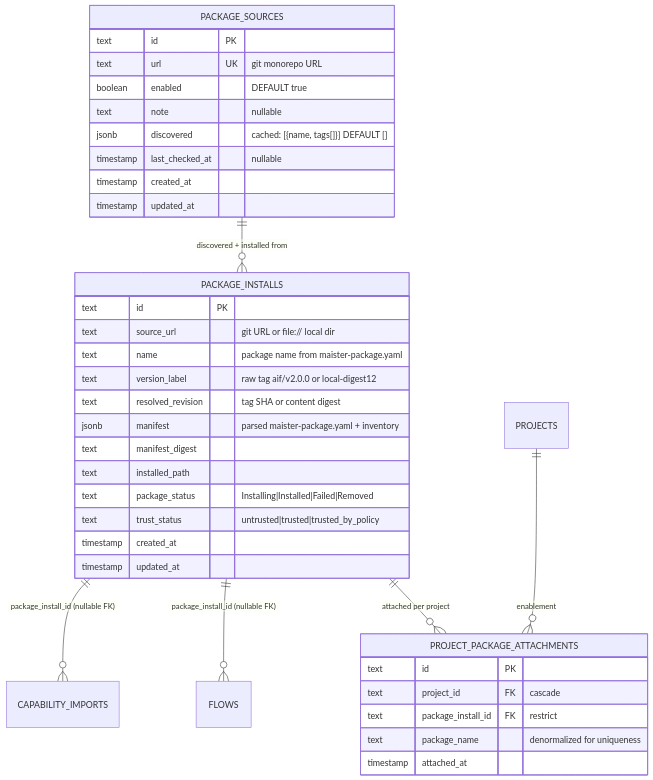
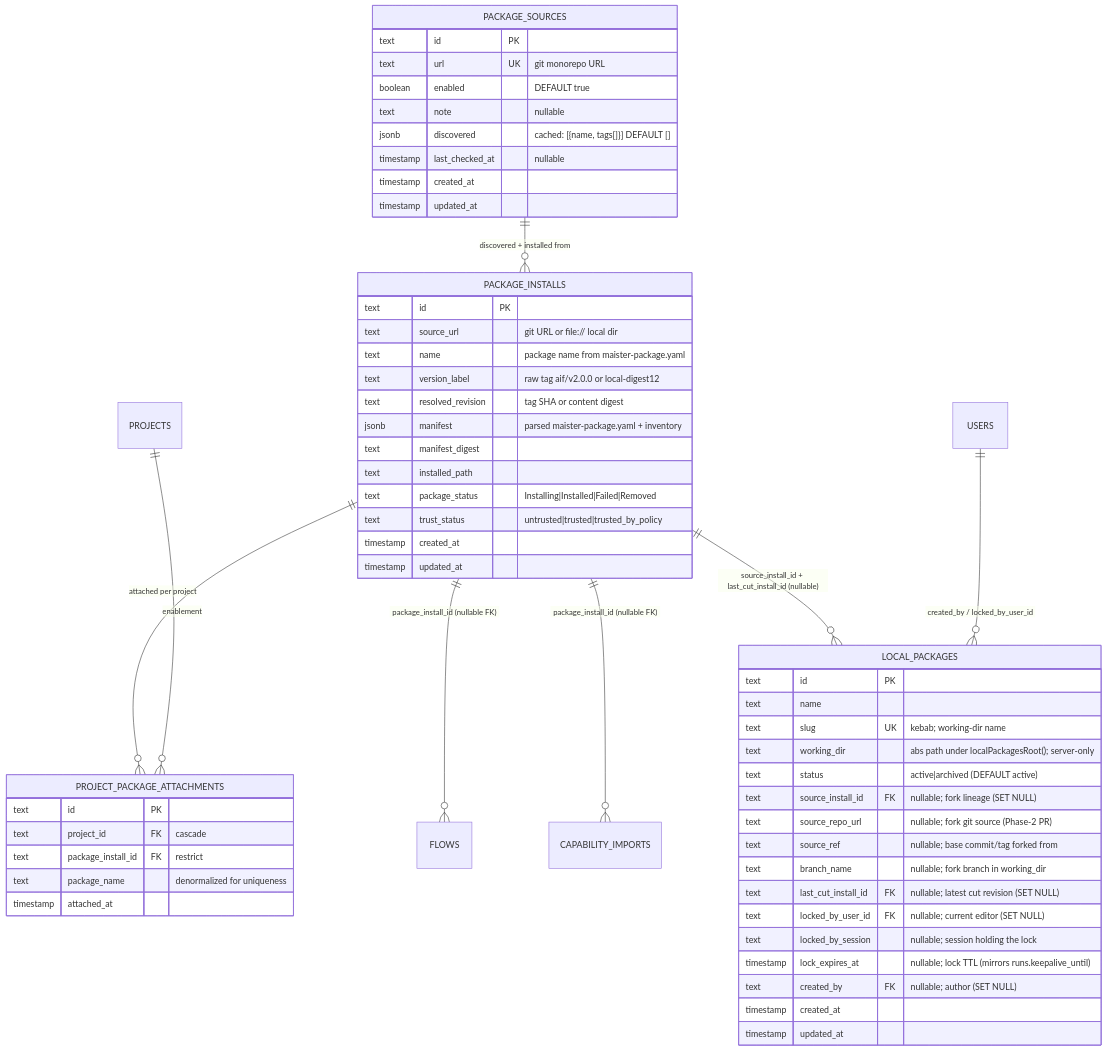
Before and after one commit to maister-dev/maister: the second of 2 diagrams in docs/db/projects-domain.md, drawn with Mermaid. The commit also changed other lines of this file and 25 other files, not shown here.

First line of the commit message:
chore(studio): salvage Phase C local-packages substrate onto main (renumber 0053→0055, ADR-093→095)

````diff
--- a/docs/db/projects-domain.md
+++ b/docs/db/projects-domain.md
@@ -96,42 +96,63 @@
 ```mermaid
 erDiagram
     PACKAGE_SOURCES ||--o{ PACKAGE_INSTALLS : "discovered + installed from"
     PACKAGE_INSTALLS ||--o{ PROJECT_PACKAGE_ATTACHMENTS : "attached per project"
     PROJECTS ||--o{ PROJECT_PACKAGE_ATTACHMENTS : "enablement"
     PACKAGE_INSTALLS ||--o{ FLOWS : "package_install_id (nullable FK)"
     PACKAGE_INSTALLS ||--o{ CAPABILITY_IMPORTS : "package_install_id (nullable FK)"
+    PACKAGE_INSTALLS ||--o{ LOCAL_PACKAGES : "source_install_id + last_cut_install_id (nullable)"
+    USERS ||--o{ LOCAL_PACKAGES : "created_by / locked_by_user_id"
 
     PACKAGE_SOURCES {
         text id PK
         text url UK "git monorepo URL"
         boolean enabled "DEFAULT true"
         text note "nullable"
         jsonb discovered "cached: [{name, tags[]}] DEFAULT []"
         timestamp last_checked_at "nullable"
         timestamp created_at
         timestamp updated_at
     }
 
     PACKAGE_INSTALLS {
         text id PK
         text source_url "git URL or file:// local dir"
         text name "package name from maister-package.yaml"
         text version_label "raw tag aif/v2.0.0 or local-digest12"
         text resolved_revision "tag SHA or content digest"
         jsonb manifest "parsed maister-package.yaml + inventory"
         text manifest_digest
         text installed_path
         text package_status "Installing|Installed|Failed|Removed"
         text trust_status "untrusted|trusted|trusted_by_policy"
         timestamp created_at
         timestamp updated_at
     }
 
     PROJECT_PACKAGE_ATTACHMENTS {
         text id PK
         text project_id FK "cascade"
         text package_install_id FK "restrict"
         text package_name "denormalized for uniqueness"
         timestamp attached_at
     }
+
+    LOCAL_PACKAGES {
+        text id PK
+        text name
+        text slug UK "kebab; working-dir name"
+        text working_dir "abs path under localPackagesRoot(); server-only"
+        text status "active|archived (DEFAULT active)"
+        text source_install_id FK "nullable; fork lineage (SET NULL)"
+        text source_repo_url "nullable; fork git source (Phase-2 PR)"
+        text source_ref "nullable; base commit/tag forked from"
+        text branch_name "nullable; fork branch in working_dir"
+        text last_cut_install_id FK "nullable; latest cut revision (SET NULL)"
+        text locked_by_user_id FK "nullable; current editor (SET NULL)"
+        text locked_by_session "nullable; session holding the lock"
+        timestamp lock_expires_at "nullable; lock TTL (mirrors runs.keepalive_until)"
+        text created_by FK "nullable; author (SET NULL)"
+        timestamp created_at
+        timestamp updated_at
+    }
 ```
````
